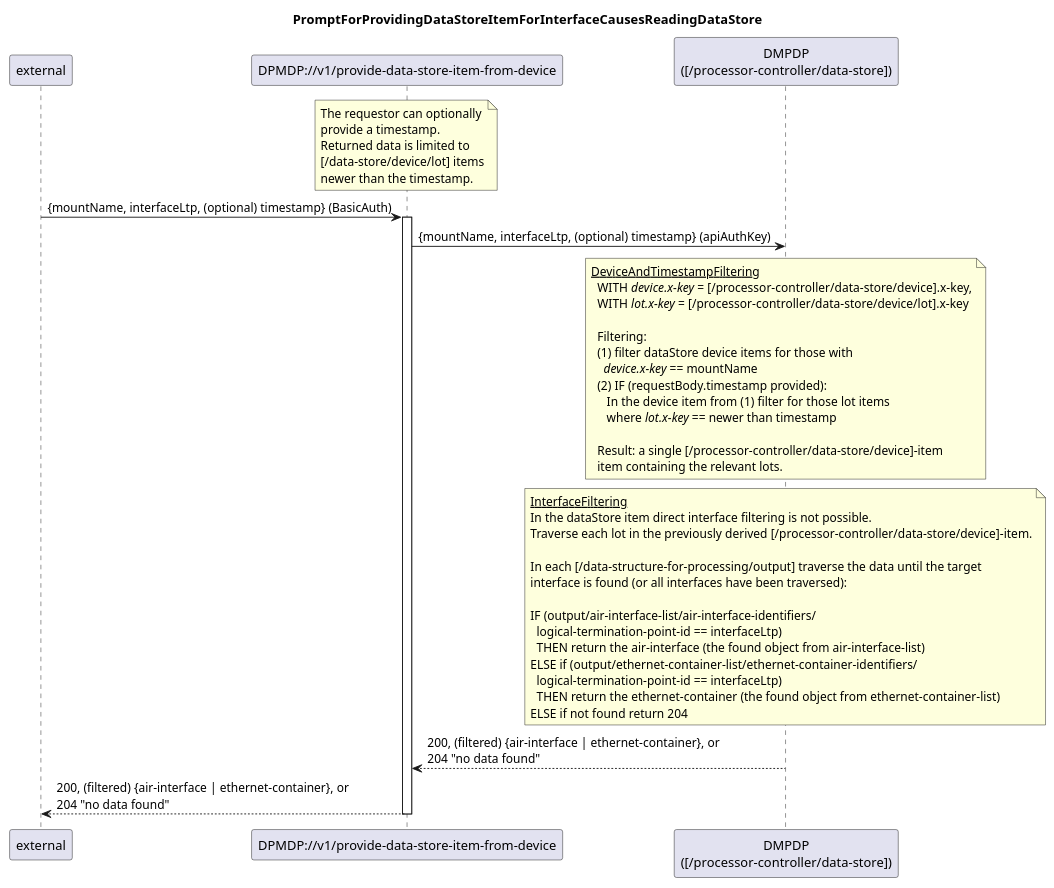
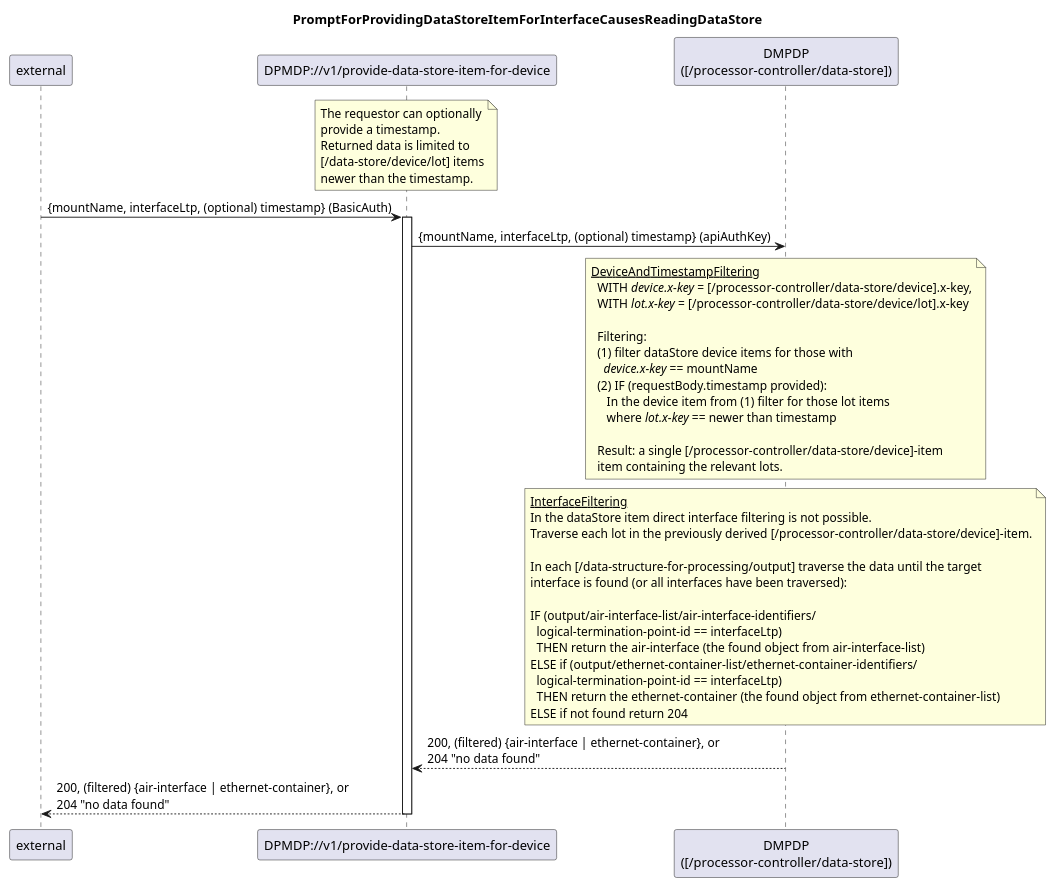
The diagram in spec/diagrams/021_ProvideDataStoreItemForInterface.plantuml (openBackhaul/DevicePerformanceManagementDataProcessor), drawn with PlantUML before and after one commit. The commit also changed 4 other files, not shown here.

```diff
--- a/spec/diagrams/021_ProvideDataStoreItemForInterface.plantuml
+++ b/spec/diagrams/021_ProvideDataStoreItemForInterface.plantuml
@@ -1,63 +1,63 @@
 @startuml 021_ProvideDataStoreItemForInterface
 skinparam responseMessageBelowArrow true
 
 title
 PromptForProvidingDataStoreItemForInterfaceCausesReadingDataStore
 end title
 
 participant "external" as requestor
-participant "DPMDP://v1/provide-data-store-item-from-device" as dpmdp
+participant "DPMDP://v1/provide-data-store-item-for-device" as dpmdp
 participant "DMPDP\n([/processor-controller/data-store])" as dataStore
 
 
 note over dpmdp
   The requestor can optionally
   provide a timestamp.
   Returned data is limited to
   [/data-store/device/lot] items
   newer than the timestamp.
 end note
 requestor -> dpmdp: {mountName, interfaceLtp, (optional) timestamp} (BasicAuth)
 activate dpmdp
 
 
 dpmdp -> dataStore: {mountName, interfaceLtp, (optional) timestamp} (apiAuthKey)
 note over dataStore
 <u>DeviceAndTimestampFiltering</u>
   WITH <i>device.x-key</i> = [/processor-controller/data-store/device].x-key,
   WITH <i>lot.x-key</i> = [/processor-controller/data-store/device/lot].x-key
 
   Filtering:
   (1) filter dataStore device items for those with
     <i>device.x-key</i> == mountName
   (2) IF (requestBody.timestamp provided):
      In the device item from (1) filter for those lot items
      where <i>lot.x-key</i> == newer than timestamp
 
   Result: a single [/processor-controller/data-store/device]-item
   item containing the relevant lots.
 end note
 note over dataStore
 <u>InterfaceFiltering</u>
 In the dataStore item direct interface filtering is not possible.
 Traverse each lot in the previously derived [/processor-controller/data-store/device]-item.
 
 In each [/data-structure-for-processing/output] traverse the data until the target
 interface is found (or all interfaces have been traversed):
 
 IF (output/air-interface-list/air-interface-identifiers/
   logical-termination-point-id == interfaceLtp)
   THEN return the air-interface (the found object from air-interface-list)
 ELSE if (output/ethernet-container-list/ethernet-container-identifiers/
   logical-termination-point-id == interfaceLtp)
   THEN return the ethernet-container (the found object from ethernet-container-list)
 ELSE if not found return 204
 end note
 
 
 dataStore --> dpmdp: 200, (filtered) {air-interface | ethernet-container}, or\n204 "no data found"
 dpmdp --> requestor: 200, (filtered) {air-interface | ethernet-container}, or\n204 "no data found"
 
 deactivate dpmdp
 
 @enduml
```
